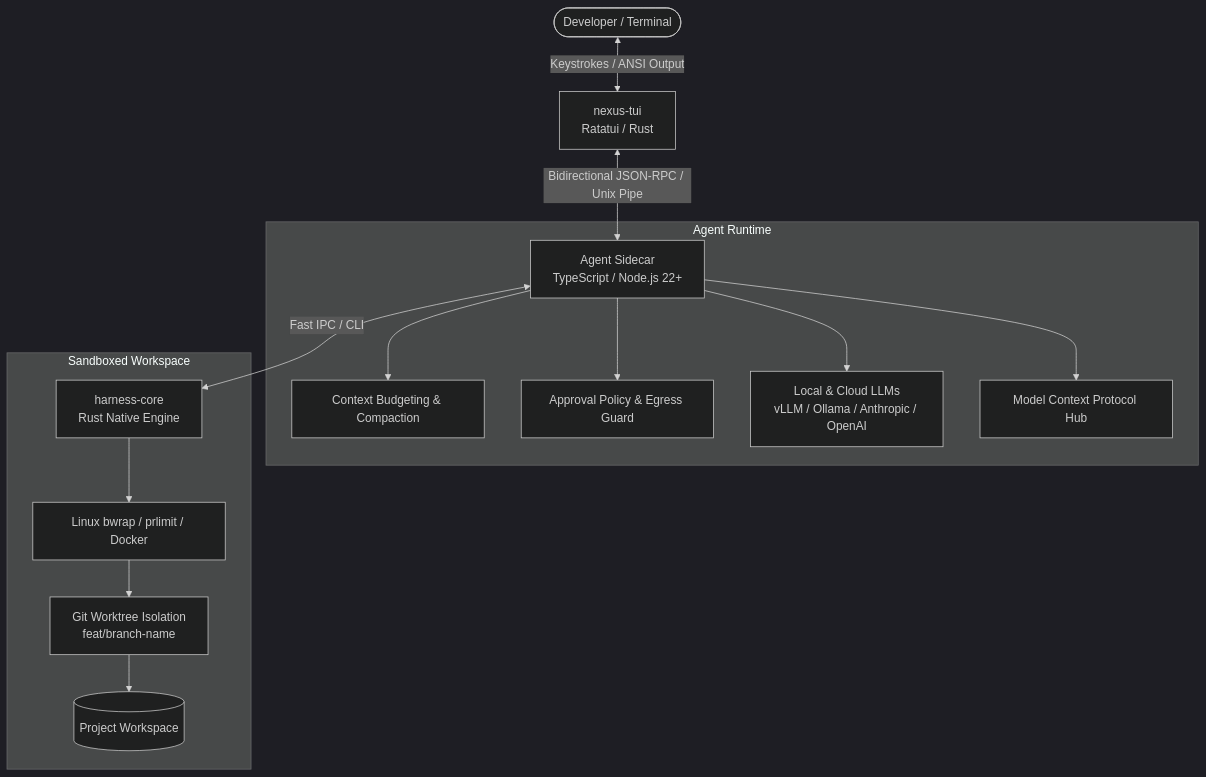
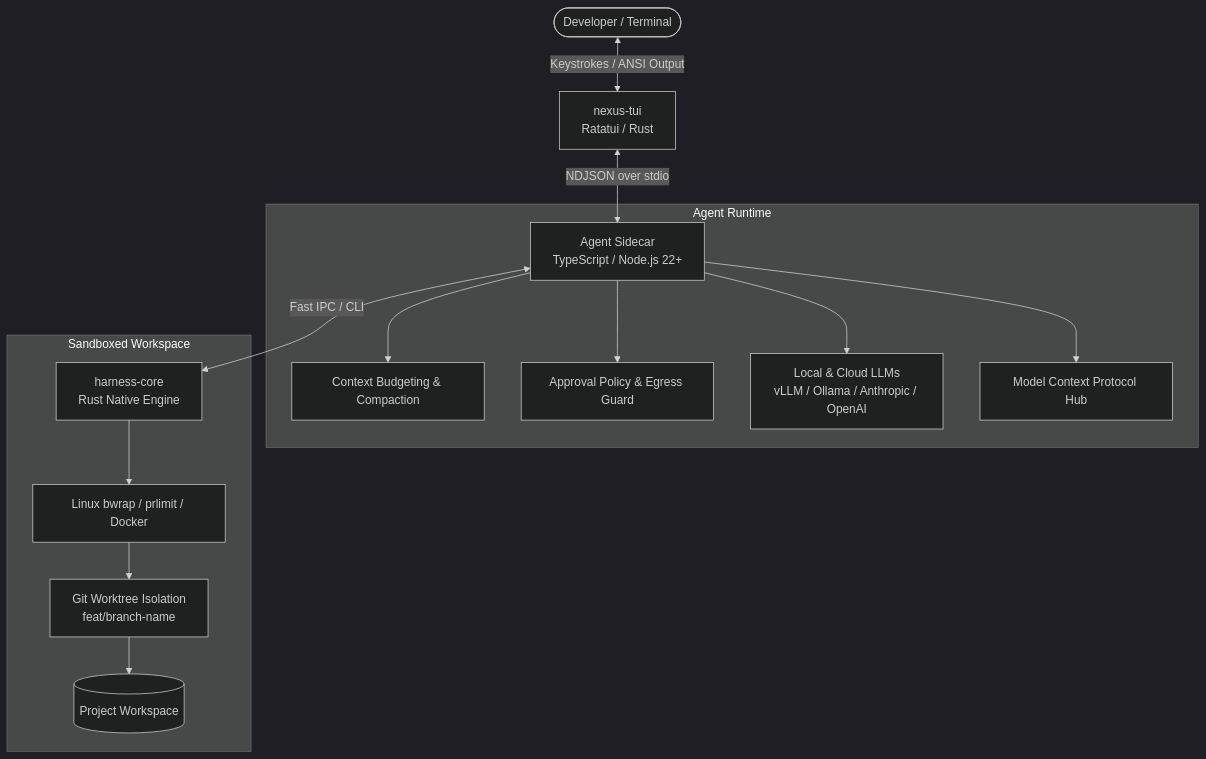
Before and after one commit to mikeholownych/nexus-code: the diagram in README.md, drawn with Mermaid (dark theme). The commit also changed other lines of this file and 1 other file, not shown here.

````diff
--- a/README.md
+++ b/README.md
@@ -60,20 +62,20 @@
 ```mermaid
 graph TD
     User([Developer / Terminal]) <-->|Keystrokes / ANSI Output| TUI[nexus-tui\nRatatui / Rust]
-    TUI <-->|Bidirectional JSON-RPC / Unix Pipe| Sidecar[Agent Sidecar\nTypeScript / Node.js 22+]
+    TUI <-->|NDJSON over stdio| Sidecar[Agent Sidecar\nTypeScript / Node.js 22+]
     
     subgraph Agent Runtime
         Sidecar --> Context[Context Budgeting & Compaction]
         Sidecar --> Approval[Approval Policy & Egress Guard]
         Sidecar --> Models[Local & Cloud LLMs\nvLLM / Ollama / Anthropic / OpenAI]
         Sidecar --> MCP[Model Context Protocol Hub]
     end
 
     Sidecar <-->|Fast IPC / CLI| CoreTools[harness-core\nRust Native Engine]
 
     subgraph Sandboxed Workspace
         CoreTools --> Sandbox[Linux bwrap / prlimit / Docker]
         Sandbox --> Worktrees[Git Worktree Isolation\nfeat/branch-name]
         Worktrees --> Disk[(Project Workspace)]
     end
 ```
````
